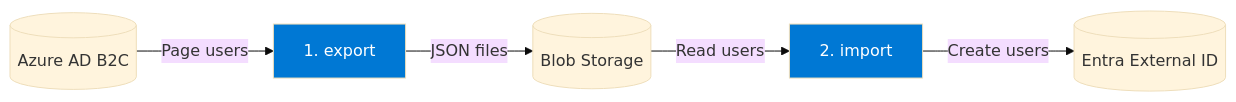
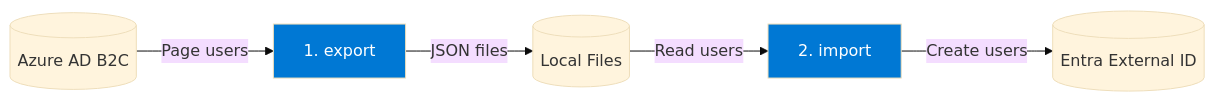
The first of 3 diagrams in README.md (alvesfabi/b2c-to-meeid-migration-tool), drawn with Mermaid (base theme) before and after one commit. The commit also changed other lines of this file, not shown here.

First line of the commit message:
fix: README storage requirements — Queue only mandatory, audit defaults to local JSONL

````diff
--- a/README.md
+++ b/README.md
@@ -44,10 +44,10 @@
 ```mermaid
 graph LR
     B2C[(Azure AD B2C)] -->|Page users| Export[1. export]
-    Export -->|JSON files| Blob[(Blob Storage)]
-    Blob -->|Read users| Import[2. import]
+    Export -->|JSON files| Local[(Local Files)]
+    Local -->|Read users| Import[2. import]
     Import -->|Create users| ExtID[(Entra External ID)]
 
     style Export fill:#0078d4,color:#fff
     style Import fill:#0078d4,color:#fff
 ```
````
